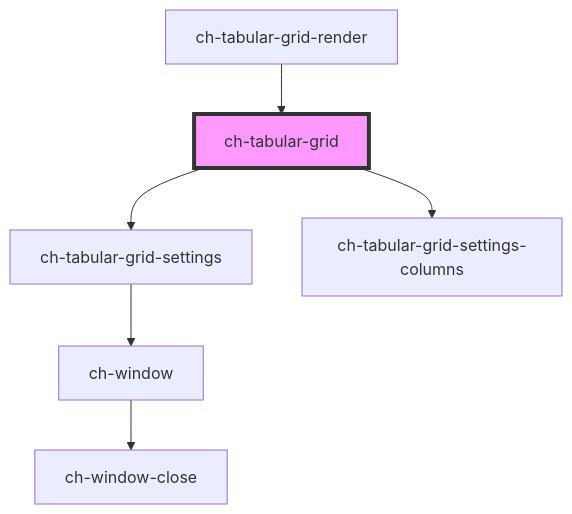
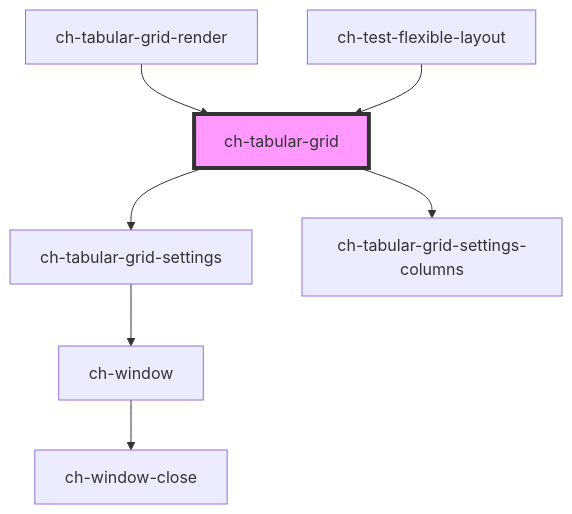
Before and after one commit to genexuslabs/chameleon-controls-library: the diagram in src/components/tabular-grid/readme.md, drawn with Mermaid. The commit also changed other lines of this file and 15 other files, not shown here.

````diff
--- a/src/components/tabular-grid/readme.md
+++ b/src/components/tabular-grid/readme.md
@@ -331,9 +332,10 @@
 ```mermaid
 graph TD;
   ch-tabular-grid --> ch-tabular-grid-settings
   ch-tabular-grid --> ch-tabular-grid-settings-columns
   ch-tabular-grid-settings --> ch-window
   ch-window --> ch-window-close
   ch-tabular-grid-render --> ch-tabular-grid
+  ch-test-flexible-layout --> ch-tabular-grid
   style ch-tabular-grid fill:#f9f,stroke:#333,stroke-width:4px
 ```
````
